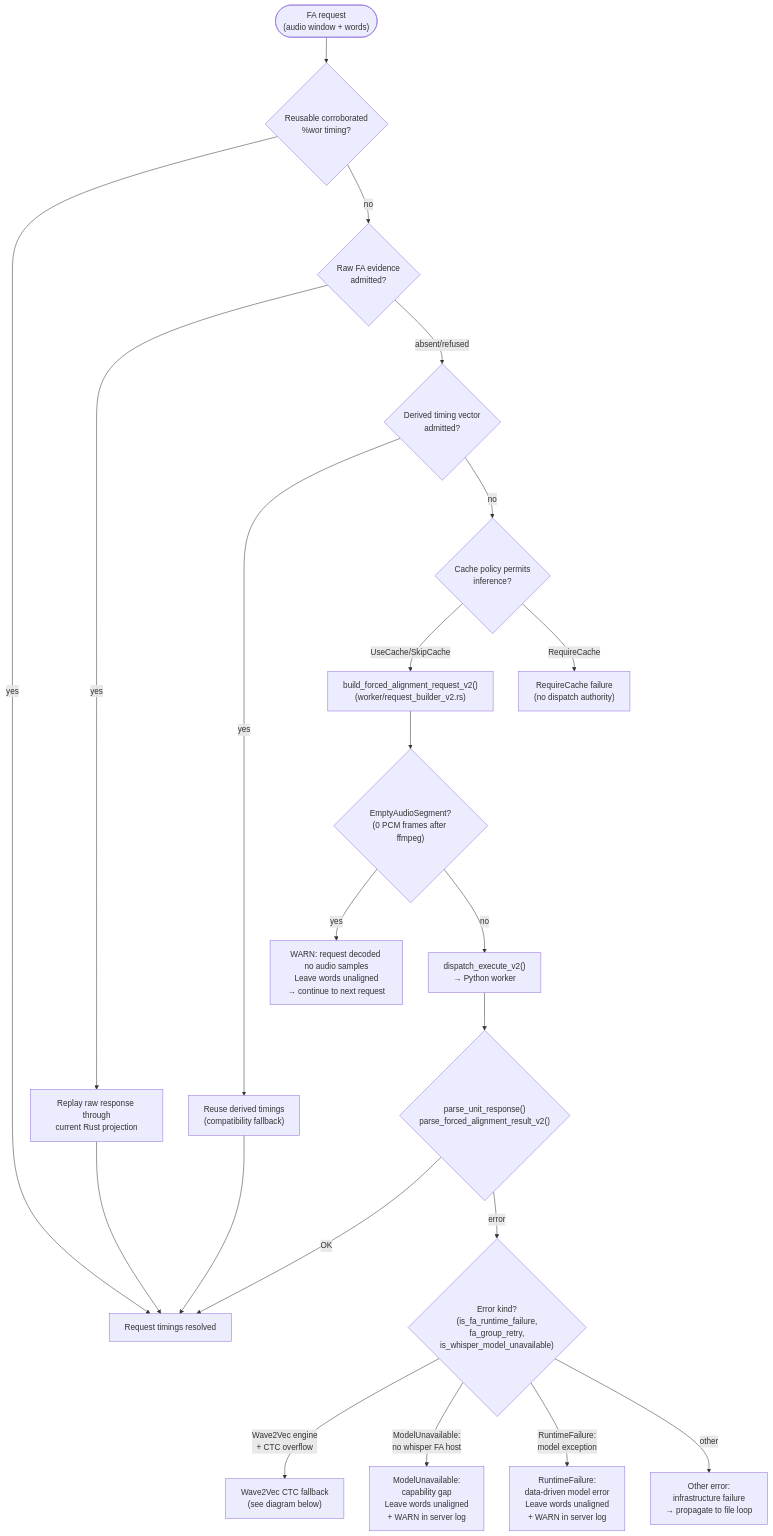
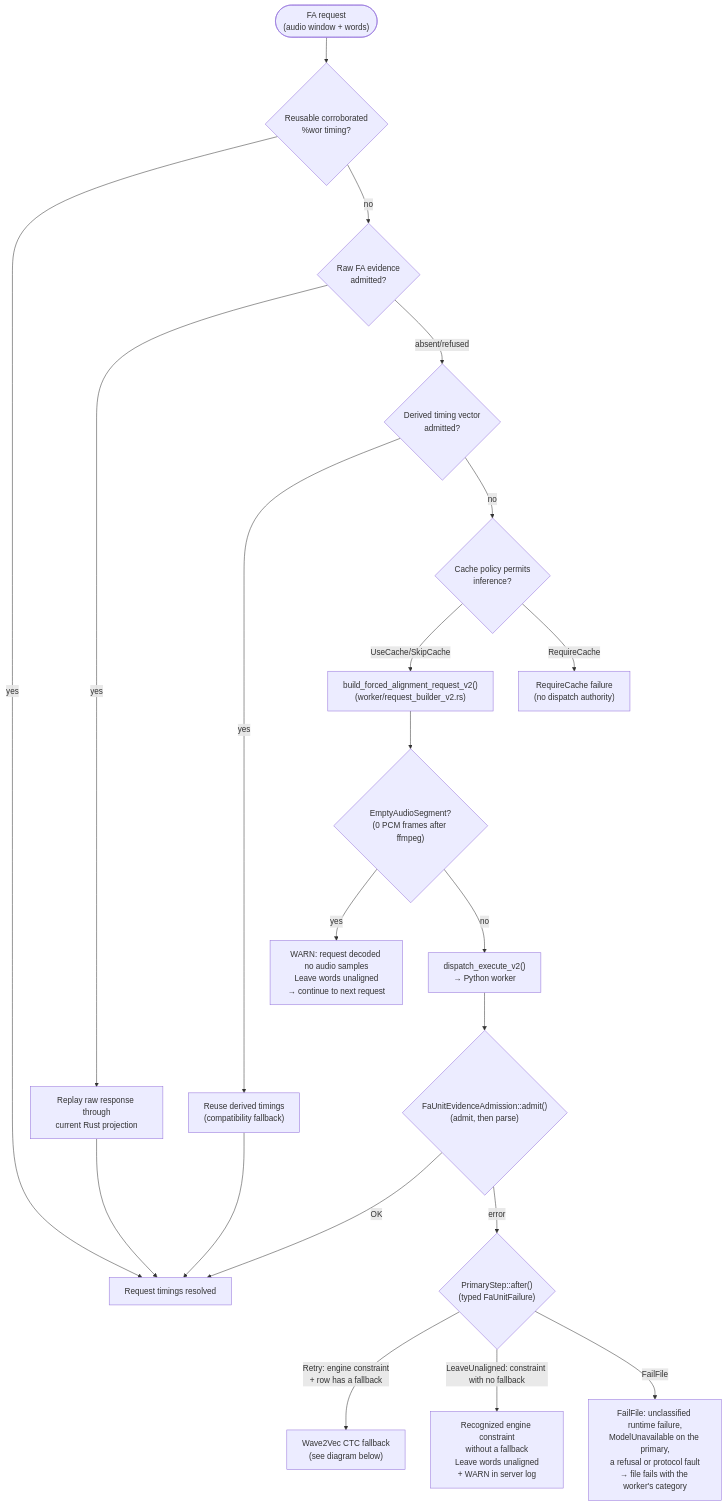
One commit to FranklinChen/talkbank-tools changed the ninth of 16 diagrams in book/src/batchalign/reference/forced-alignment.md. Above: the diagram before and after it, drawn with Mermaid. The commit also changed other lines of this file and 381 other files, not shown here.

First line of the commit message:
Admit model capabilities and preserve typed inference outcomes

````diff
--- a/book/src/batchalign/reference/forced-alignment.md
+++ b/book/src/batchalign/reference/forced-alignment.md
@@ -1132,40 +1173,38 @@
 ```mermaid
 flowchart TD
     group(["FA request<br/>(audio window + words)"])
     wor{"Reusable corroborated<br/>%wor timing?"}
     raw{"Raw FA evidence<br/>admitted?"}
     replay["Replay raw response through<br/>current Rust projection"]
     derived{"Derived timing vector<br/>admitted?"}
     cached_timings["Reuse derived timings<br/>(compatibility fallback)"]
     policy{"Cache policy permits<br/>inference?"}
     required_fail["RequireCache failure<br/>(no dispatch authority)"]
     build["build_forced_alignment_request_v2()<br/>(worker/request_builder_v2.rs)"]
     empty{"EmptyAudioSegment?<br/>(0 PCM frames after ffmpeg)"}
     skip_empty["WARN: request decoded no audio samples<br/>Leave words unaligned<br/>→ continue to next request"]
     dispatch["dispatch_execute_v2()<br/>→ Python worker"]
-    parse{"parse_unit_response()<br/>parse_forced_alignment_result_v2()"}
+    parse{"FaUnitEvidenceAdmission::admit()<br/>(admit, then parse)"}
     ok["Request timings resolved"]
-    err_kind{"Error kind?<br/>(is_fa_runtime_failure,<br/>fa_group_retry,<br/>is_whisper_model_unavailable)"}
+    err_kind{"PrimaryStep::after()<br/>(typed FaUnitFailure)"}
     ctc["Wave2Vec CTC fallback<br/>(see diagram below)"]
-    model_unavail["ModelUnavailable: <br/>capability gap<br/>Leave words unaligned<br/>+ WARN in server log"]
-    runtime_fail["RuntimeFailure: <br/>data-driven model error<br/>Leave words unaligned<br/>+ WARN in server log"]
-    other["Other error: <br/>infrastructure failure<br/>→ propagate to file loop"]
+    runtime_fail["Recognized engine constraint<br/>without a fallback<br/>Leave words unaligned<br/>+ WARN in server log"]
+    other["FailFile: unclassified runtime failure,<br/>ModelUnavailable on the primary,<br/>a refusal or protocol fault<br/>→ file fails with the worker's category"]
 
     group --> wor
     wor -->|"yes"| ok
     wor -->|"no"| raw
     raw -->|"yes"| replay --> ok
     raw -->|"absent/refused"| derived
     derived -->|"yes"| cached_timings --> ok
     derived -->|"no"| policy
     policy -->|"UseCache/SkipCache"| build --> empty
     policy -->|"RequireCache"| required_fail
     empty -->|"yes"| skip_empty
     empty -->|"no"| dispatch --> parse
     parse -->|"OK"| ok
     parse -->|"error"| err_kind
-    err_kind -->|"Wave2Vec engine<br/>+ CTC overflow"| ctc
-    err_kind -->|"ModelUnavailable:<br/>no whisper FA host"| model_unavail
-    err_kind -->|"RuntimeFailure:<br/>model exception"| runtime_fail
-    err_kind -->|"other"| other
+    err_kind -->|"Retry: engine constraint<br/>+ row has a fallback"| ctc
+    err_kind -->|"LeaveUnaligned: constraint with no fallback"| runtime_fail
+    err_kind -->|"FailFile"| other
 ```
````
